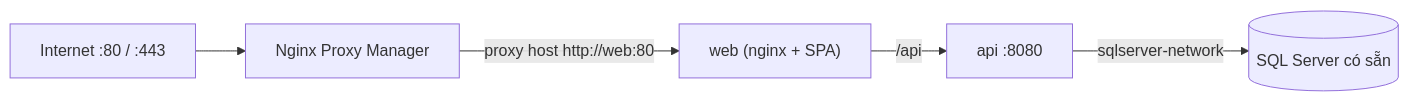
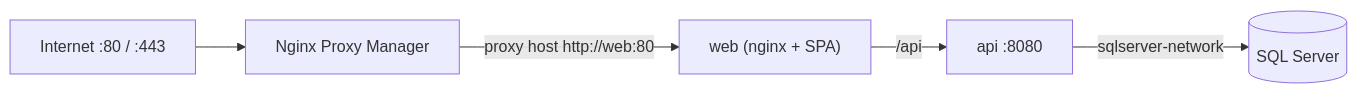
The second of 3 diagrams in README.md (nguyenminh121/eLMS), drawn with Mermaid before and after one commit. The commit also changed other lines of this file and 15 other files, not shown here.

````diff
--- a/README.md
+++ b/README.md
@@ -186,7 +192,7 @@
 ```mermaid
 flowchart LR
     Internet["Internet :80 / :443"] --> NPM["Nginx Proxy Manager"]
     NPM -->|"proxy host http://web:80"| Web["web (nginx + SPA)"]
     Web -->|"/api"| API["api :8080"]
-    API -->|"sqlserver-network"| SQL[("SQL Server có sẵn")]
+    API -->|"sqlserver-network"| SQL[("SQL Server")]
 ```
````
